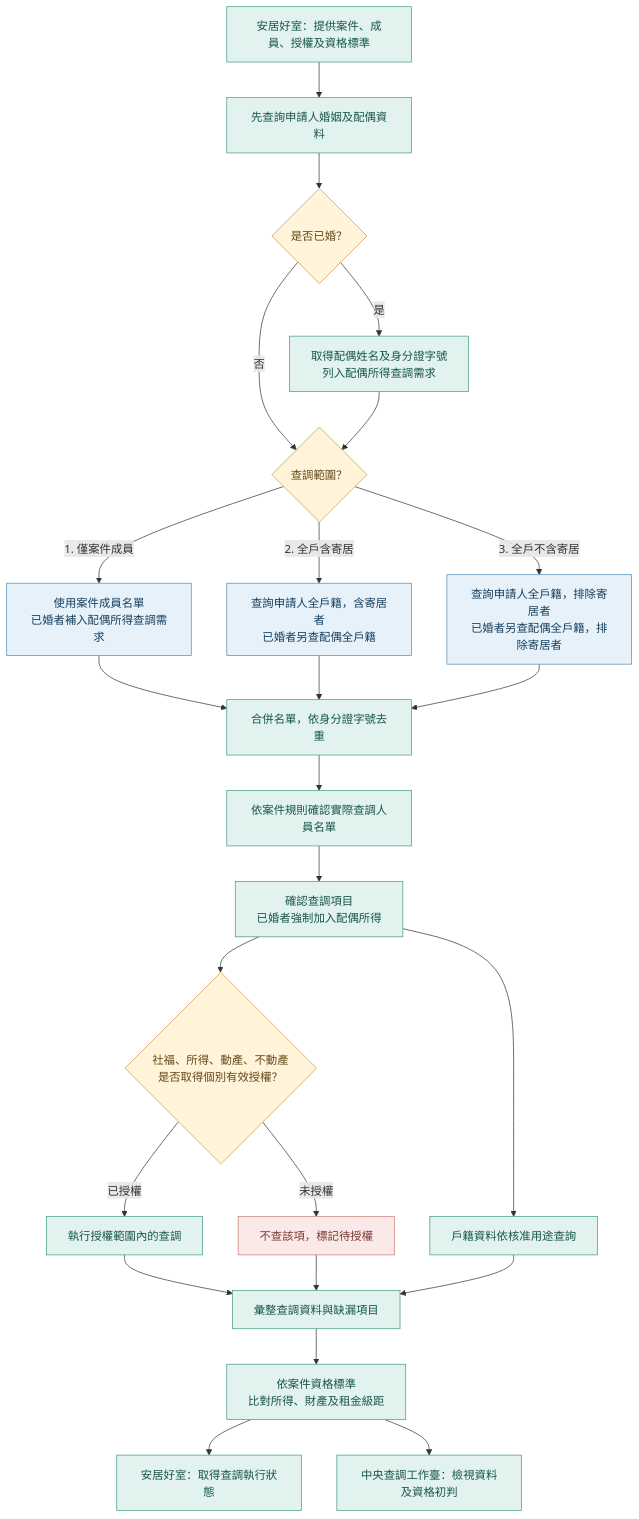
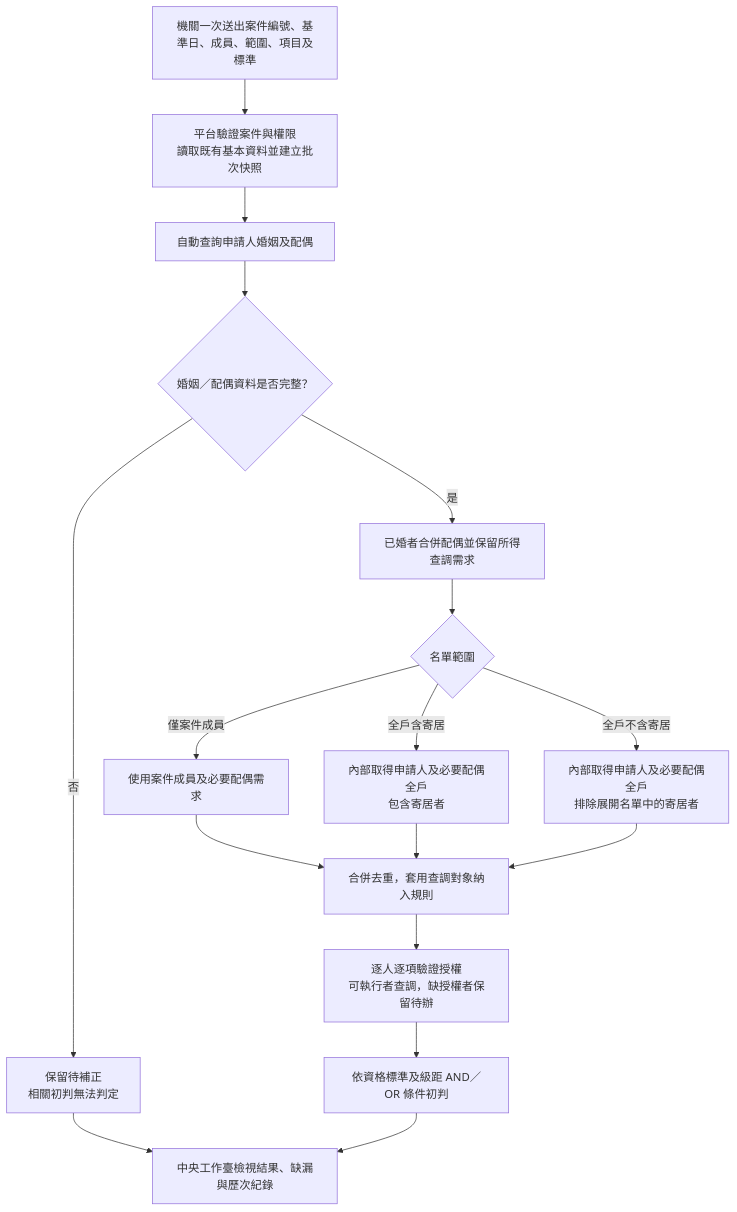
Before and after one commit to jillyz/housing: the diagram in 規格文件/跨機關查調機制.md, drawn with Mermaid. The commit also changed other lines of this file and 9 other files, not shown here.

````diff
--- a/規格文件/跨機關查調機制.md
+++ b/規格文件/跨機關查調機制.md
@@ -99,37 +55,19 @@
 ```mermaid
 flowchart TD
-    A["安居好室：提供案件、成員、授權及資格標準"] --> G["先查詢申請人婚姻及配偶資料"]
-    G --> H{"是否已婚？"}
-    H -- "是" --> I["取得配偶姓名及身分證字號<br/>列入配偶所得查調需求"]
-    H -- "否" --> B{"查調範圍？"}
-    I --> B
-    B -- "1. 僅案件成員" --> C["使用案件成員名單<br/>已婚者補入配偶所得查調需求"]
-    B -- "2. 全戶含寄居" --> D["查詢申請人全戶籍，含寄居者<br/>已婚者另查配偶全戶籍"]
-    B -- "3. 全戶不含寄居" --> E["查詢申請人全戶籍，排除寄居者<br/>已婚者另查配偶全戶籍，排除寄居者"]
-    C --> F["合併名單，依身分證字號去重"]
-    D --> F
-    E --> F
-    F --> J["依案件規則確認實際查調人員名單"]
-
-    J --> K["確認查調項目<br/>已婚者強制加入配偶所得"]
-    K --> L{"社福、所得、動產、不動產<br/>是否取得個別有效授權？"}
-    L -- "已授權" --> M["執行授權範圍內的查調"]
-    L -- "未授權" --> N["不查該項，標記待授權"]
-    K --> O["戶籍資料依核准用途查詢"]
-    M --> P["彙整查調資料與缺漏項目"]
-    N --> P
-    O --> P
-
-    P --> Q["依案件資格標準<br/>比對所得、財產及租金級距"]
-    Q --> R["安居好室：取得查調執行狀態"]
-    Q --> S["中央查調工作臺：檢視資料及資格初判"]
-
-    classDef choice fill:#FFF3DA,stroke:#C79C4C,color:#634918
-    classDef branch fill:#E6F1FA,stroke:#538DB8,color:#163F5D
-    classDef normal fill:#E2F2EE,stroke:#439A88,color:#17564B
-    classDef warning fill:#FBE9E7,stroke:#CA7E76,color:#783B34
-    class B,H,L choice
-    class C,D,E branch
-    class A,F,G,I,J,K,M,O,P,Q,R,S normal
-    class N warning
+    A["機關一次送出案件編號、基準日、成員、範圍、項目及標準"] --> B["平台驗證案件與權限<br/>讀取既有基本資料並建立批次快照"]
+    B --> C["自動查詢申請人婚姻及配偶"]
+    C --> D{"婚姻／配偶資料是否完整？"}
+    D -- "否" --> E["保留待補正<br/>相關初判無法判定"]
+    D -- "是" --> F["已婚者合併配偶並保留所得查調需求"]
+    F --> G{"名單範圍"}
+    G -- "僅案件成員" --> H["使用案件成員及必要配偶需求"]
+    G -- "全戶含寄居" --> I["內部取得申請人及必要配偶全戶<br/>包含寄居者"]
+    G -- "全戶不含寄居" --> J["內部取得申請人及必要配偶全戶<br/>排除展開名單中的寄居者"]
+    H --> K["合併去重，套用查調對象納入規則"]
+    I --> K
+    J --> K
+    K --> L["逐人逐項驗證授權<br/>可執行者查調，缺授權者保留待辦"]
+    L --> M["依資格標準及級距 AND／OR 條件初判"]
+    E --> N["中央工作臺檢視結果、缺漏與歷次紀錄"]
+    M --> N
 ```
````
